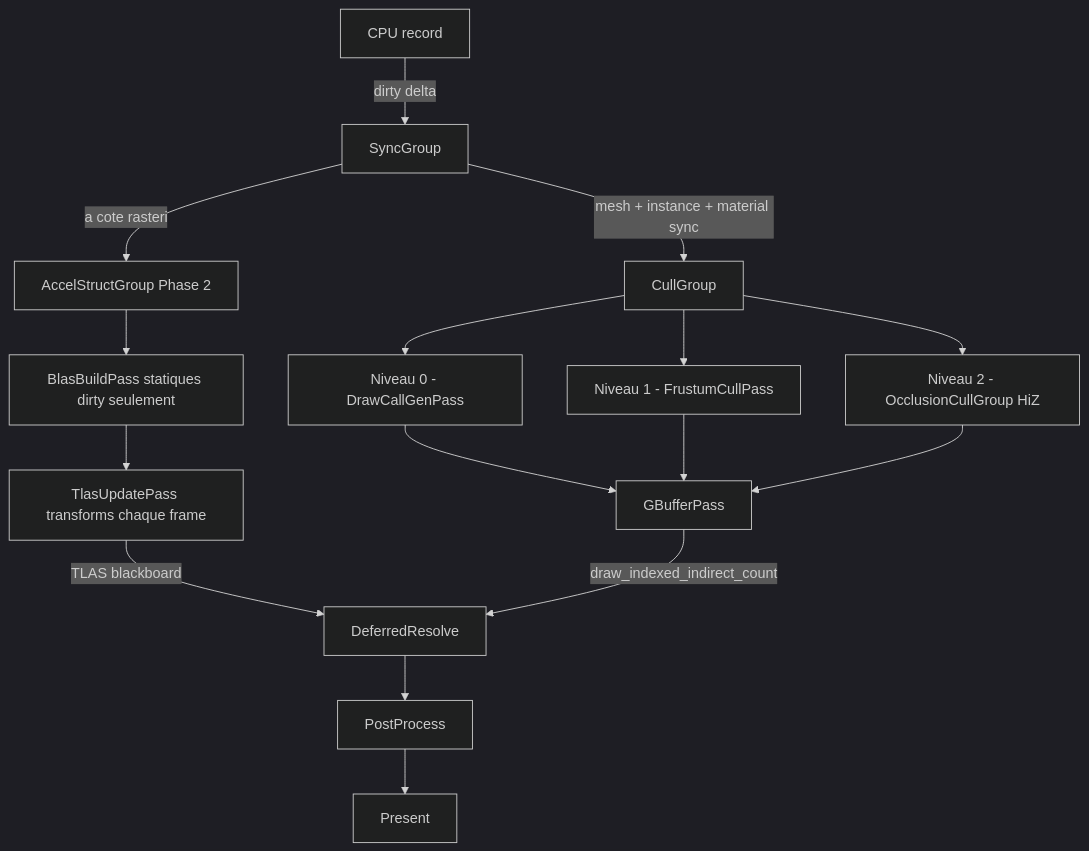
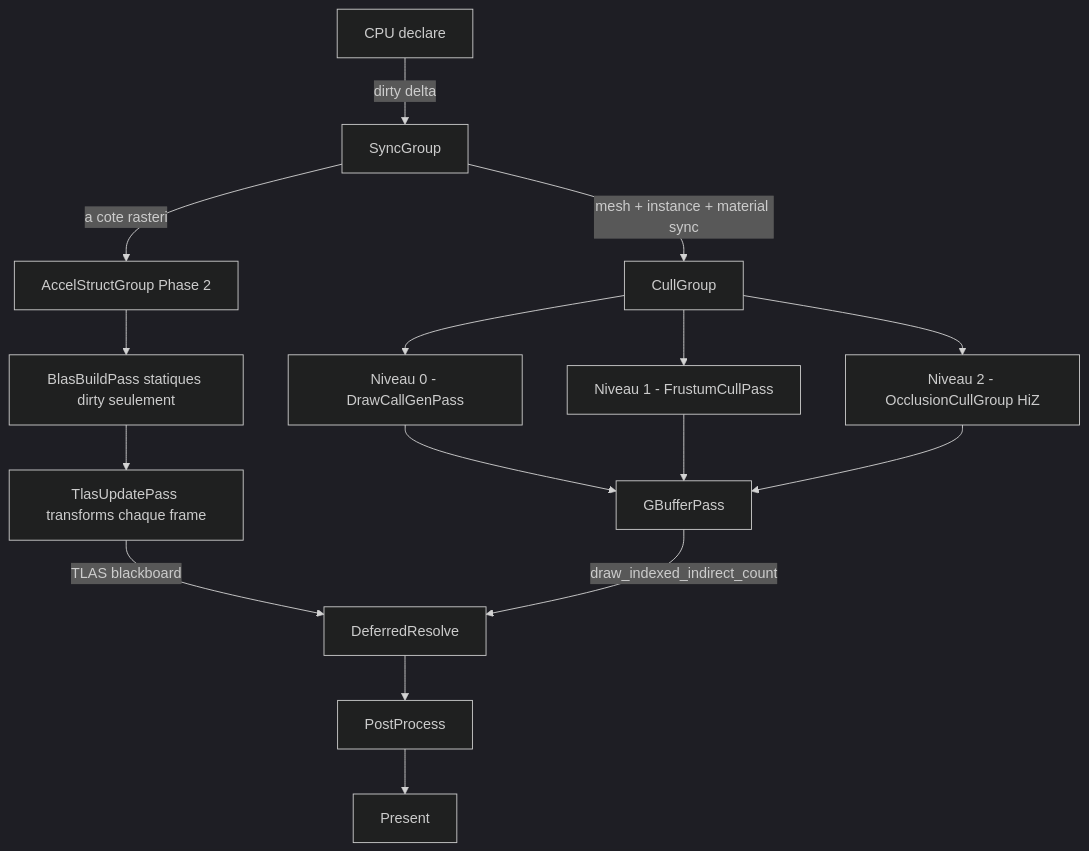
The first of 2 diagrams in doc/gpu_driven_plan.md (doomtr666/i3), drawn with Mermaid (dark theme) before and after one commit. The commit also changed other lines of this file and 36 other files, not shown here.

````diff
--- a/doc/gpu_driven_plan.md
+++ b/doc/gpu_driven_plan.md
@@ -48,18 +48,18 @@
 ```mermaid
 graph TD
-    CPU[CPU record] -->|dirty delta| SyncGroup
+    CPU[CPU declare] -->|dirty delta| SyncGroup
     SyncGroup -->|mesh + instance + material sync| CullGroup
     CullGroup --> DrawCallGenPass[Niveau 0 - DrawCallGenPass]
     CullGroup --> FrustumCull[Niveau 1 - FrustumCullPass]
     CullGroup --> OcclusionCull[Niveau 2 - OcclusionCullGroup HiZ]
     DrawCallGenPass --> GBufferPass
     FrustumCull --> GBufferPass
     OcclusionCull --> GBufferPass
     SyncGroup -->|a cote rasteri| AccelStruct[AccelStructGroup Phase 2]
     AccelStruct --> BlasBuild[BlasBuildPass statiques dirty seulement]
     BlasBuild --> TlasUpdate[TlasUpdatePass transforms chaque frame]
     TlasUpdate -->|TLAS blackboard| DeferredResolve
     GBufferPass -->|draw_indexed_indirect_count| DeferredResolve
     DeferredResolve --> PostProcess
     PostProcess --> Present
 ```
````
